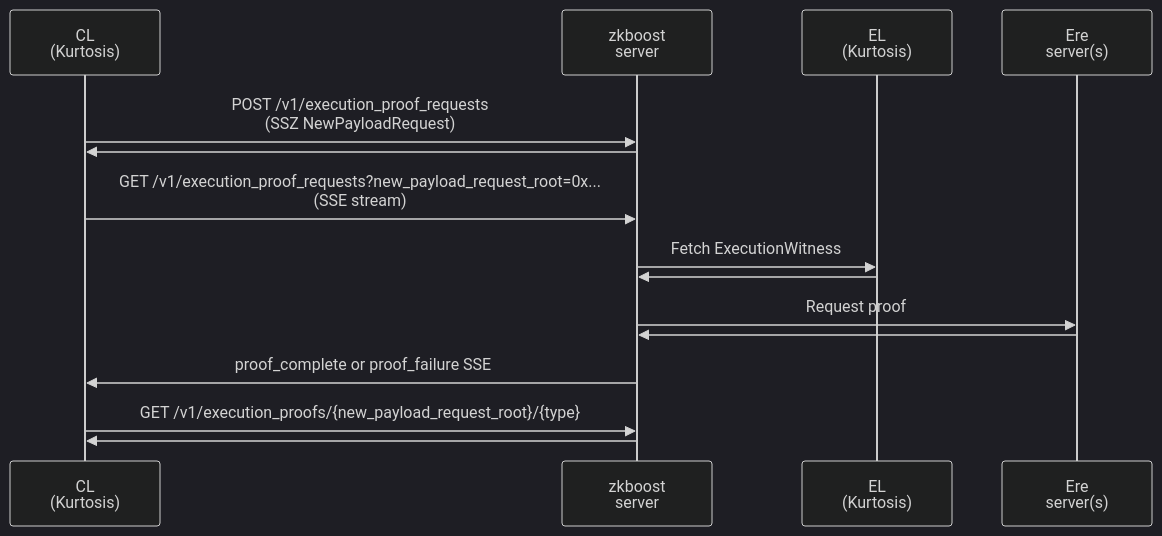
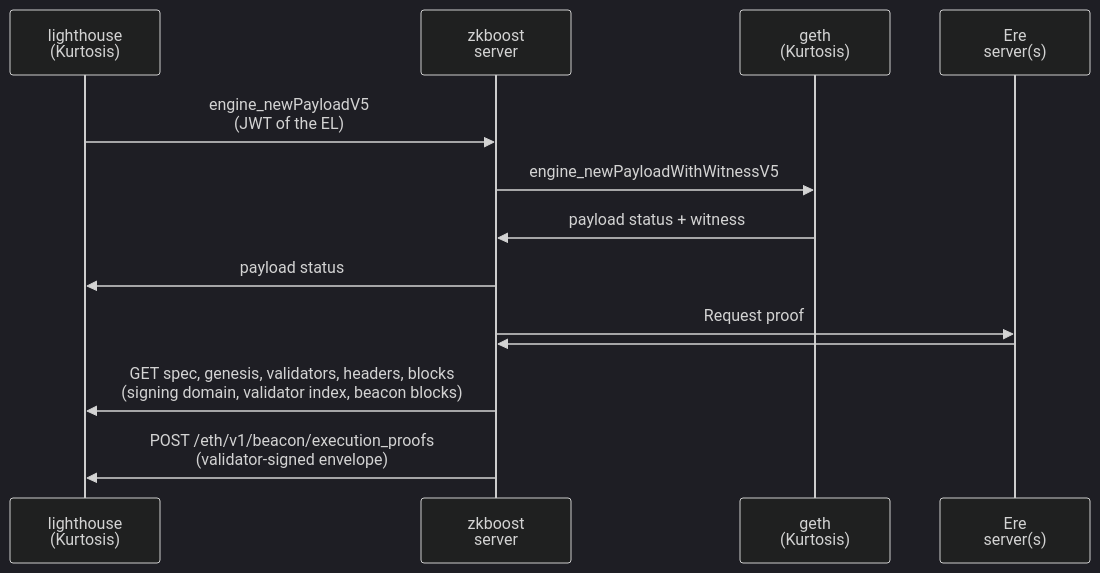
Before and after one commit to eth-act/zkboost: the diagram in docker/example/testnet/README.md, drawn with Mermaid (dark theme). The commit also changed other lines of this file and 70 other files, not shown here.

````diff
--- a/docker/example/testnet/README.md
+++ b/docker/example/testnet/README.md
@@ -5,17 +5,15 @@
 ```mermaid
 sequenceDiagram
-    participant CL as CL <br> (Kurtosis)
+    participant CL as lighthouse <br> (Kurtosis)
     participant zkboost as zkboost <br> server
-    participant EL as EL <br> (Kurtosis)
+    participant EL as geth <br> (Kurtosis)
     participant Ere as Ere <br> server(s)
-    CL->>zkboost: POST /v1/execution_proof_requests <br> (SSZ NewPayloadRequest)
-    zkboost->>CL:
-    CL->>zkboost: GET /v1/execution_proof_requests?new_payload_request_root=0x... <br> (SSE stream)
-    zkboost->>EL: Fetch ExecutionWitness
-    EL->>zkboost:
+    CL->>zkboost: engine_newPayloadV5 <br> (JWT of the EL)
+    zkboost->>EL: engine_newPayloadWithWitnessV5
+    EL->>zkboost: payload status + witness
+    zkboost->>CL: payload status
     zkboost->>Ere: Request proof
     Ere->>zkboost:
-    zkboost->>CL: proof_complete or proof_failure SSE
-    CL->>zkboost: GET /v1/execution_proofs/{new_payload_request_root}/{type}
-    zkboost->>CL:
+    zkboost->>CL: GET spec, genesis, validators, headers, blocks <br> (signing domain, validator index, beacon blocks)
+    zkboost->>CL: POST /eth/v1/beacon/execution_proofs <br> (validator-signed envelope)
 ```
````
